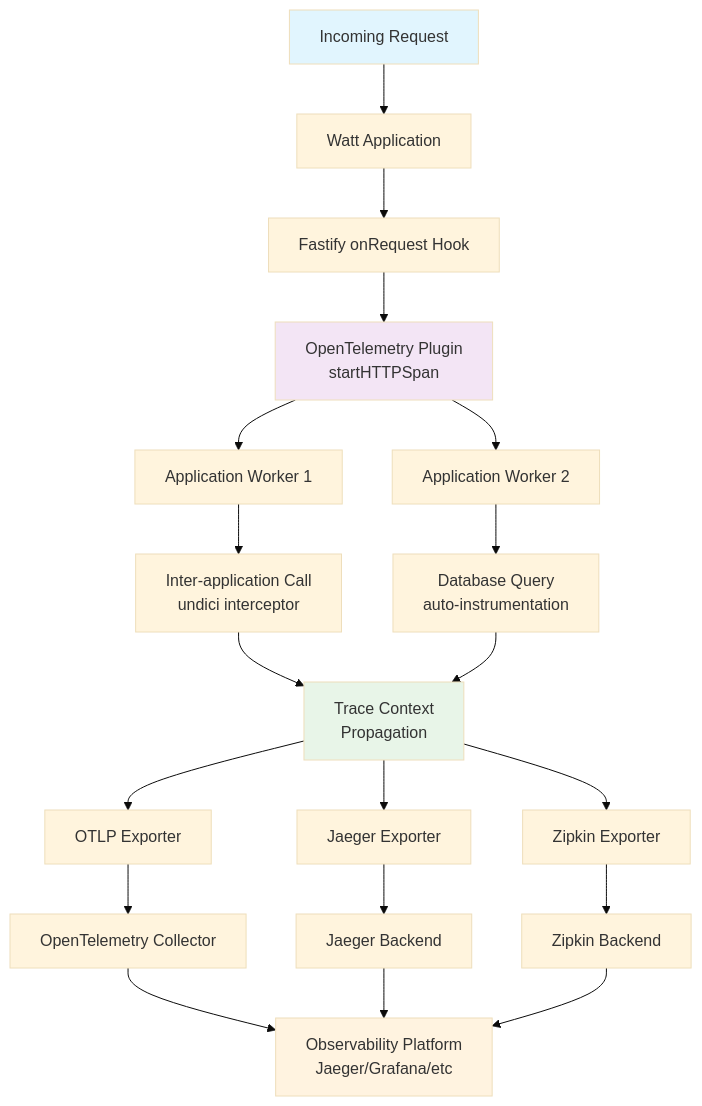
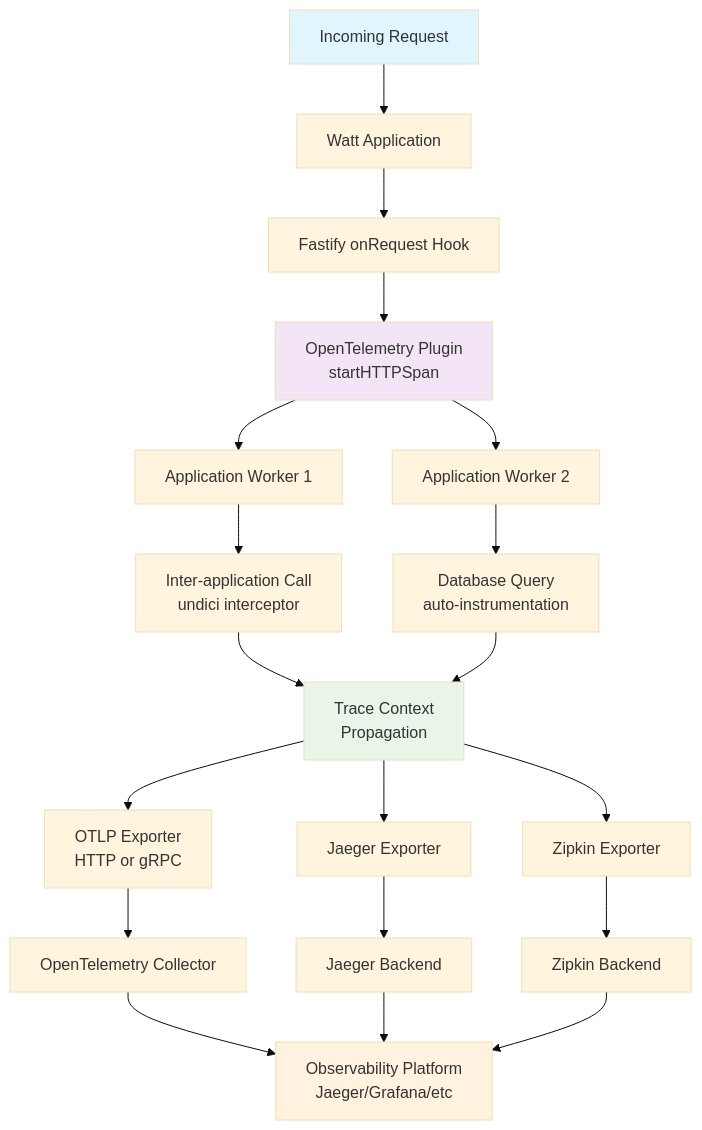
One commit to platformatic/platformatic changed the second of 4 diagrams in docs/reference/troubleshooting.md. Above: the diagram before and after it, drawn with Mermaid (base theme). The commit also changed 43 other files, not shown here.

First line of the commit message:
feat(telemetry): add OTLP gRPC transport option (#4769)

````diff
--- a/docs/reference/troubleshooting.md
+++ b/docs/reference/troubleshooting.md
@@ -381,32 +381,32 @@
 ```mermaid
 graph TD
     A[Incoming Request] --> B[Watt Application]
     B --> C[Fastify onRequest Hook]
     C --> D[OpenTelemetry Plugin<br/>startHTTPSpan]
 
     D --> E[Application Worker 1]
     D --> F[Application Worker 2]
 
     E --> G[Inter-application Call<br/>undici interceptor]
     F --> H[Database Query<br/>auto-instrumentation]
 
     G --> I[Trace Context<br/>Propagation]
     H --> I
 
-    I --> J[OTLP Exporter]
+    I --> J[OTLP Exporter<br/>HTTP or gRPC]
     I --> K[Jaeger Exporter]
     I --> L[Zipkin Exporter]
 
     J --> M[OpenTelemetry Collector]
     K --> N[Jaeger Backend]
     L --> O[Zipkin Backend]
 
     M --> P[Observability Platform<br/>Jaeger/Grafana/etc]
     N --> P
     O --> P
 
     style A fill:#e1f5fe
     style D fill:#f3e5f5
     style I fill:#e8f5e8
     style P fill:#fff3e0
 ```
````
